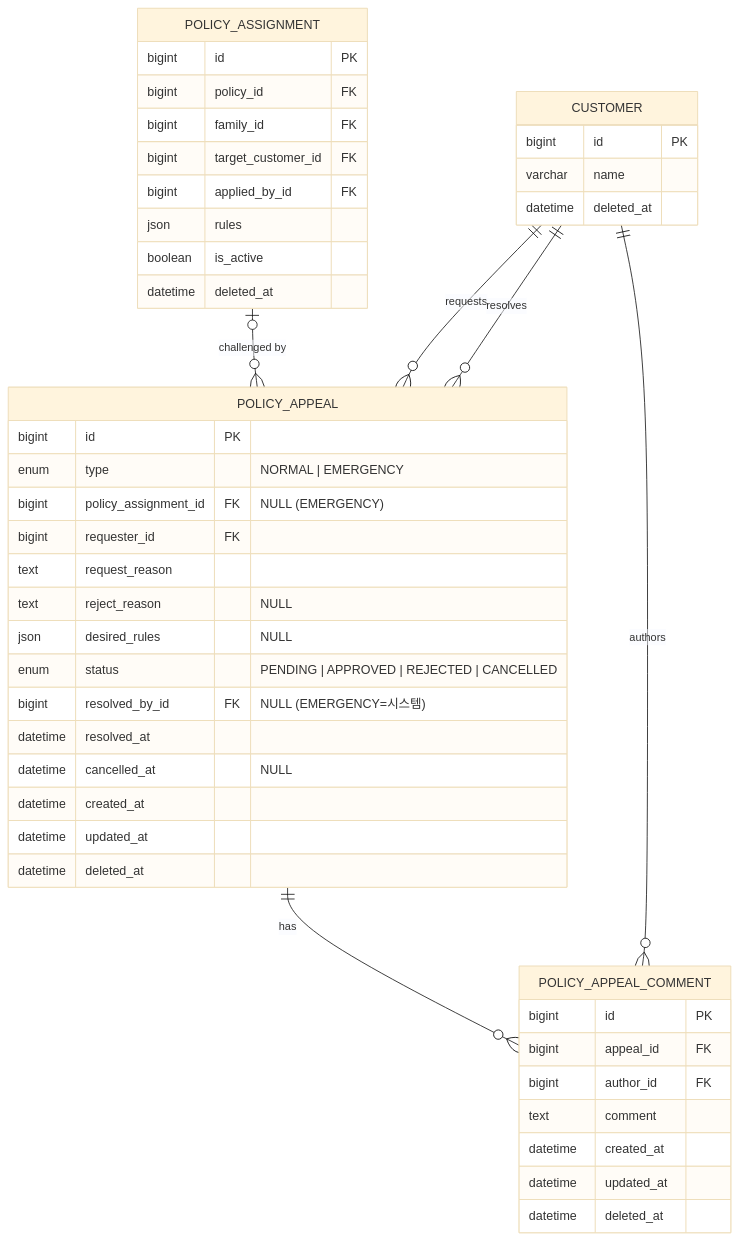
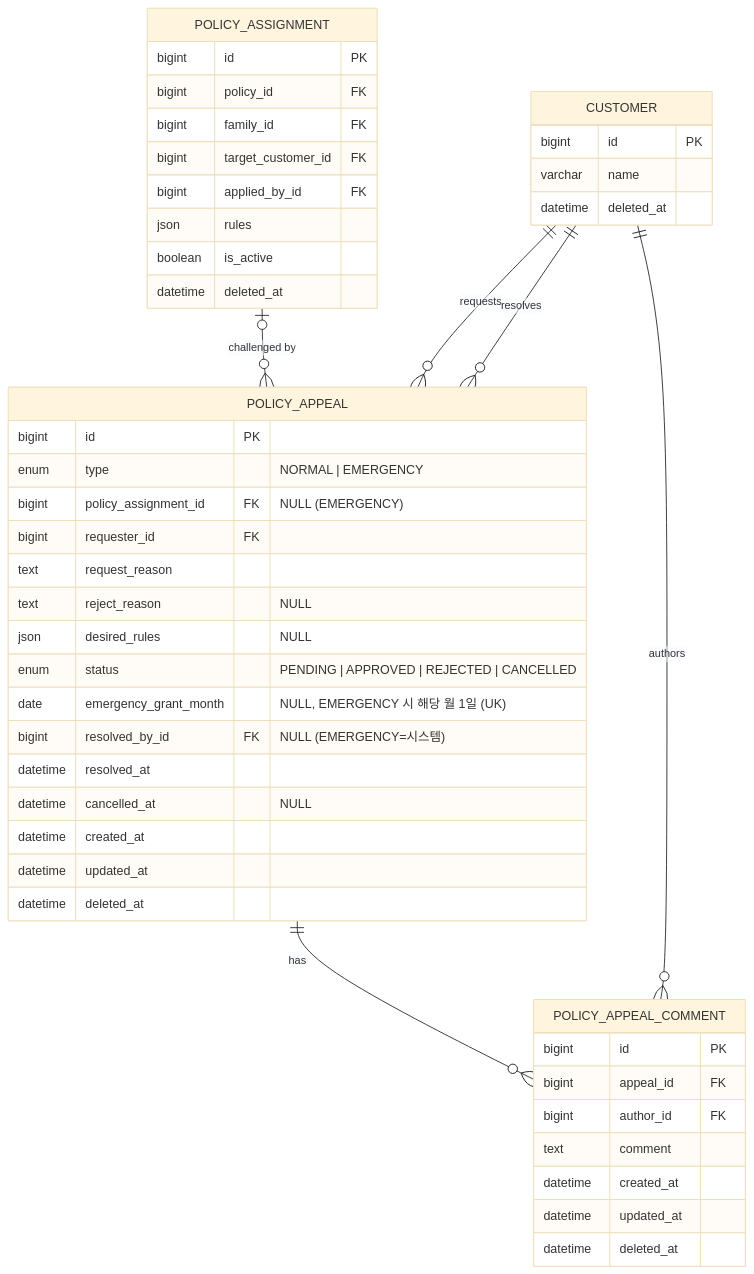
One commit to da-bom/lib-schema changed the fourth of 6 diagrams in docs/ERD.md. Above: the diagram before and after it, drawn with Mermaid (base theme). The commit also changed other lines of this file and 4 other files, not shown here.

````diff
--- a/docs/ERD.md
+++ b/docs/ERD.md
@@ -509,52 +512,53 @@
 ```mermaid
 erDiagram
     POLICY_ASSIGNMENT |o--o{ POLICY_APPEAL : "challenged by"
     CUSTOMER ||--o{ POLICY_APPEAL : "requests"
     CUSTOMER ||--o{ POLICY_APPEAL : "resolves"
     POLICY_APPEAL ||--o{ POLICY_APPEAL_COMMENT : "has"
     CUSTOMER ||--o{ POLICY_APPEAL_COMMENT : "authors"
 
     POLICY_ASSIGNMENT {
         bigint id PK
         bigint policy_id FK
         bigint family_id FK
         bigint target_customer_id FK
         bigint applied_by_id FK
         json rules
         boolean is_active
         datetime deleted_at
     }
 
     POLICY_APPEAL {
         bigint id PK
         enum type "NORMAL | EMERGENCY"
         bigint policy_assignment_id FK "NULL (EMERGENCY)"
         bigint requester_id FK
         text request_reason
         text reject_reason "NULL"
         json desired_rules "NULL"
         enum status "PENDING | APPROVED | REJECTED | CANCELLED"
+        date emergency_grant_month "NULL, EMERGENCY 시 해당 월 1일 (UK)"
         bigint resolved_by_id FK "NULL (EMERGENCY=시스템)"
         datetime resolved_at
         datetime cancelled_at "NULL"
         datetime created_at
         datetime updated_at
         datetime deleted_at
     }
 
     POLICY_APPEAL_COMMENT {
         bigint id PK
         bigint appeal_id FK
         bigint author_id FK
         text comment
         datetime created_at
         datetime updated_at
         datetime deleted_at
     }
 
     CUSTOMER {
         bigint id PK
         varchar name
         datetime deleted_at
     }
 ```
````
